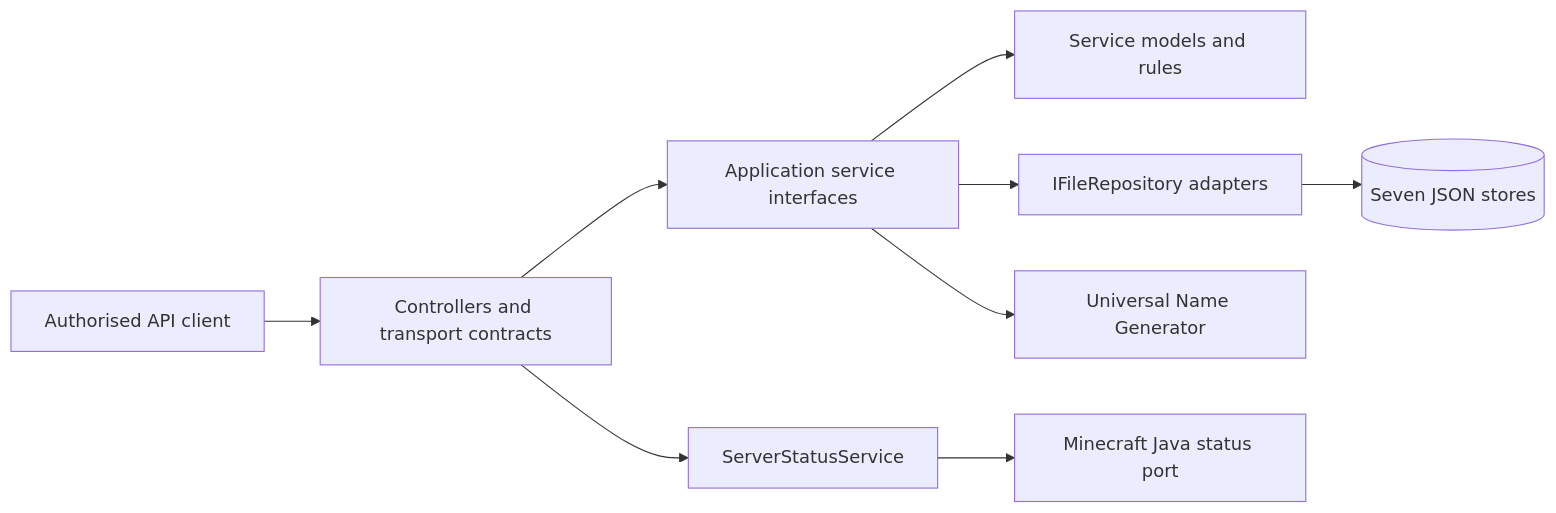
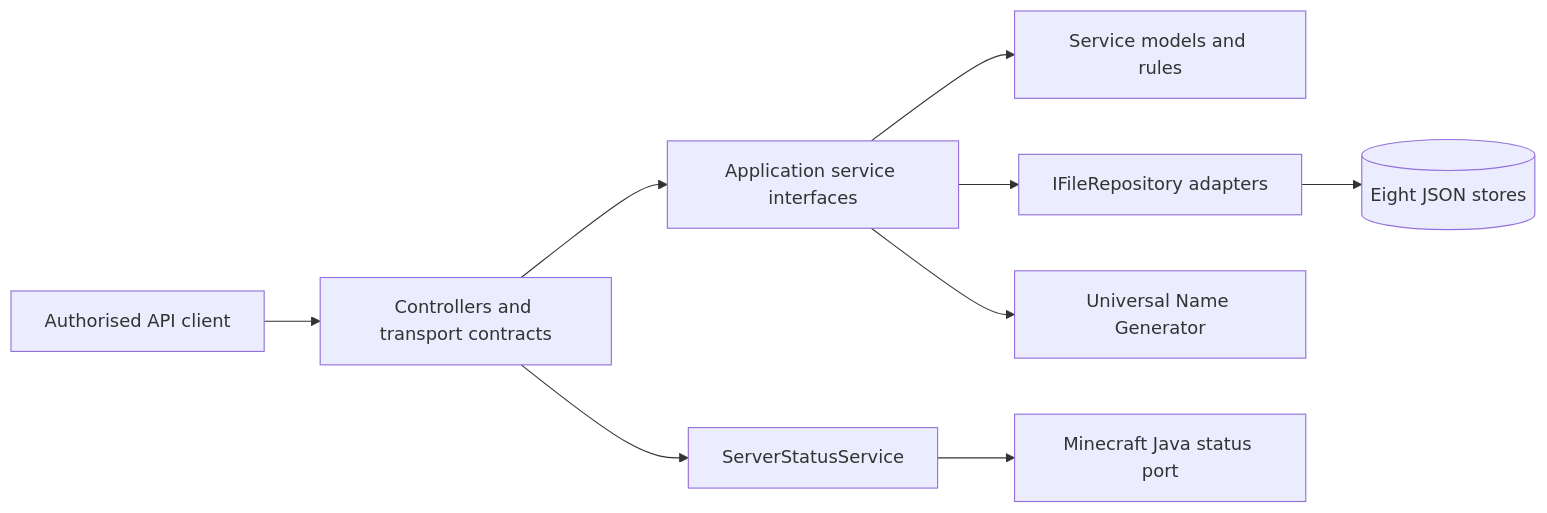
The diagram in docs/repository-overview.md (hmlendea/nucicraft-api), drawn with Mermaid before and after one commit. The commit also changed other lines of this file and 25 other files, not shown here.

````diff
--- a/docs/repository-overview.md
+++ b/docs/repository-overview.md
@@ -51,11 +51,11 @@
 ```mermaid
 flowchart LR
     Client[Authorised API client] --> Http[Controllers and transport contracts]
     Http --> Application[Application service interfaces]
     Application --> Domain[Service models and rules]
     Application --> Persistence[IFileRepository adapters]
-    Persistence --> Files[(Seven JSON stores)]
+    Persistence --> Files[(Eight JSON stores)]
     Application --> NameApi[Universal Name Generator]
     Http --> Status[ServerStatusService]
     Status --> Minecraft[Minecraft Java status port]
 ```
````
